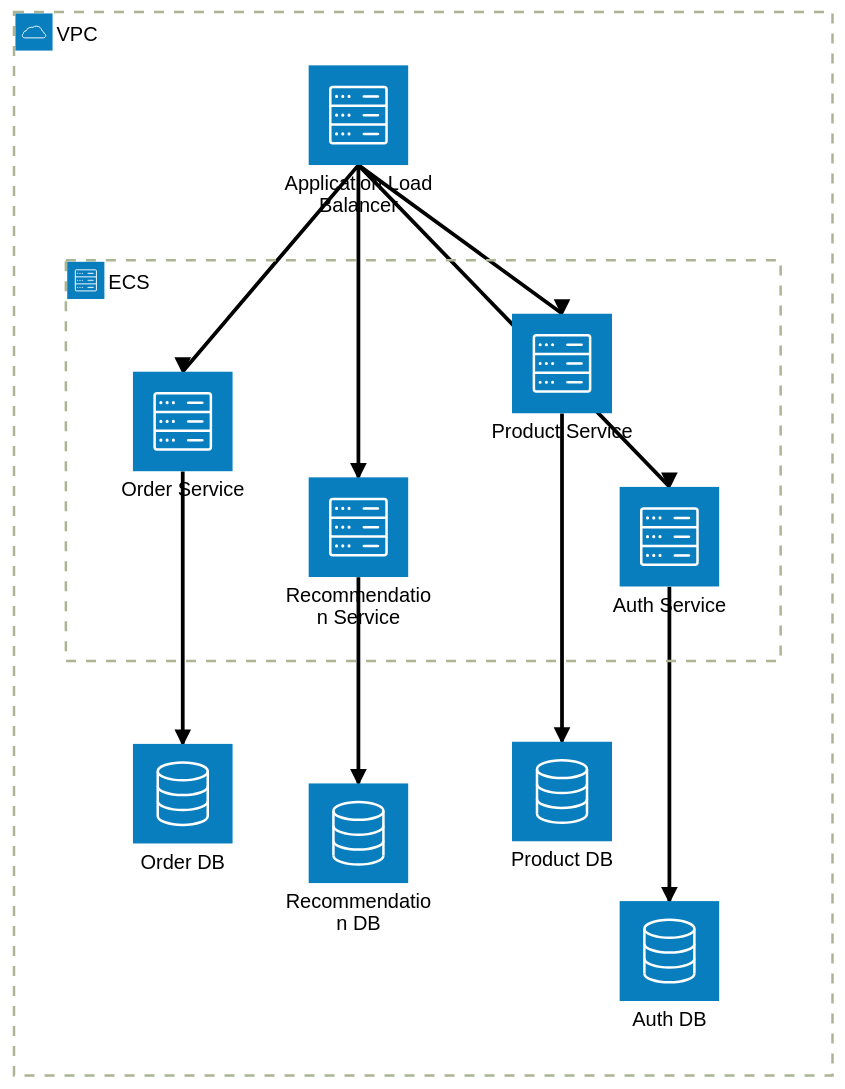
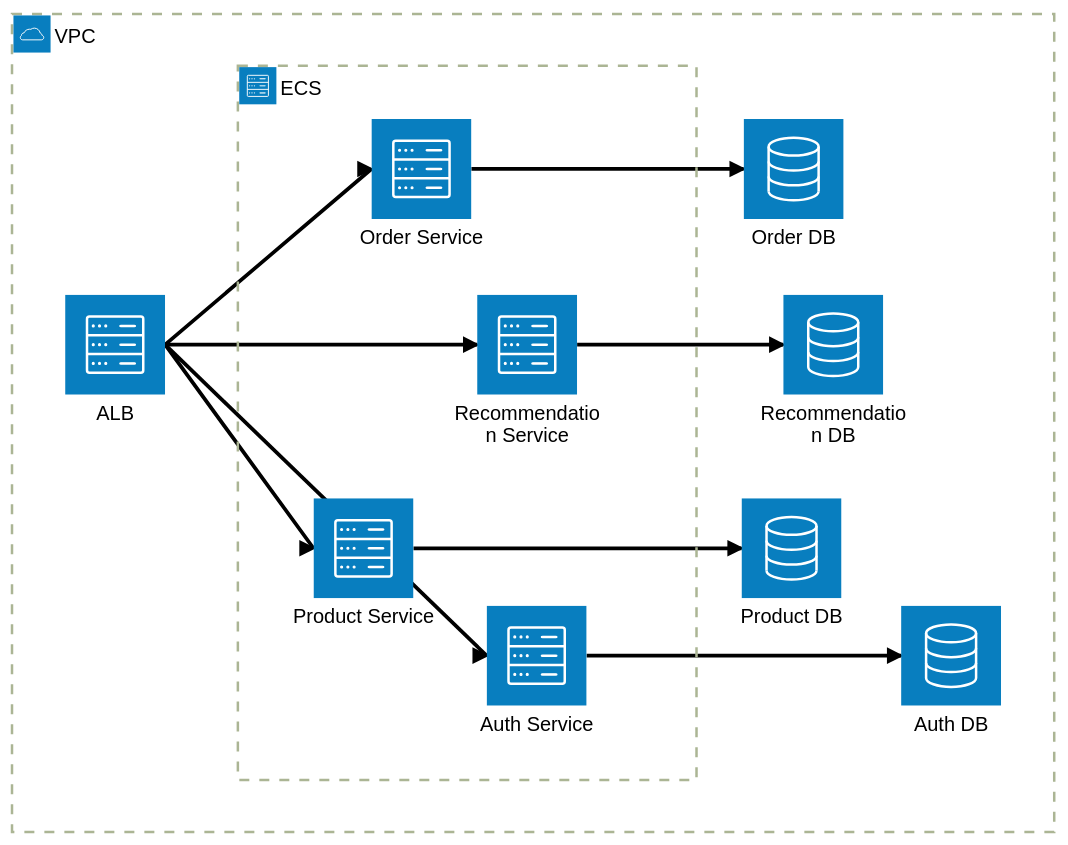
One commit to rafaritter44/architecture-katas changed the second of 2 diagrams in latency-aficionados/README.md. Above: the diagram before and after it, drawn with Mermaid (forest theme).

Commit message:
Change T:B to L:R

````diff
--- a/latency-aficionados/README.md
+++ b/latency-aficionados/README.md
@@ -75,29 +75,29 @@
 ```mermaid
 architecture-beta
     group vpc(cloud)[VPC]
     group ecs(server)[ECS] in vpc
 
-    service alb(server)[Application Load Balancer] in vpc
+    service alb(server)[ALB] in vpc
 
     service as(server)[Auth Service] in ecs
     service adb(database)[Auth DB] in vpc
 
     service ps(server)[Product Service] in ecs
     service pdb(database)[Product DB] in vpc
 
     service os(server)[Order Service] in ecs
     service odb(database)[Order DB] in vpc
 
     service rs(server)[Recommendation Service] in ecs
     service rdb(database)[Recommendation DB] in vpc
 
-    alb:B --> T:as
-    alb:B --> T:ps
-    alb:B --> T:os
-    alb:B --> T:rs
+    alb:R --> L:as
+    alb:R --> L:ps
+    alb:R --> L:os
+    alb:R --> L:rs
 
-    as:B --> T:adb
-    ps:B --> T:pdb
-    os:B --> T:odb
-    rs:B --> T:rdb
+    as:R --> L:adb
+    ps:R --> L:pdb
+    os:R --> L:odb
+    rs:R --> L:rdb
 ```
````
